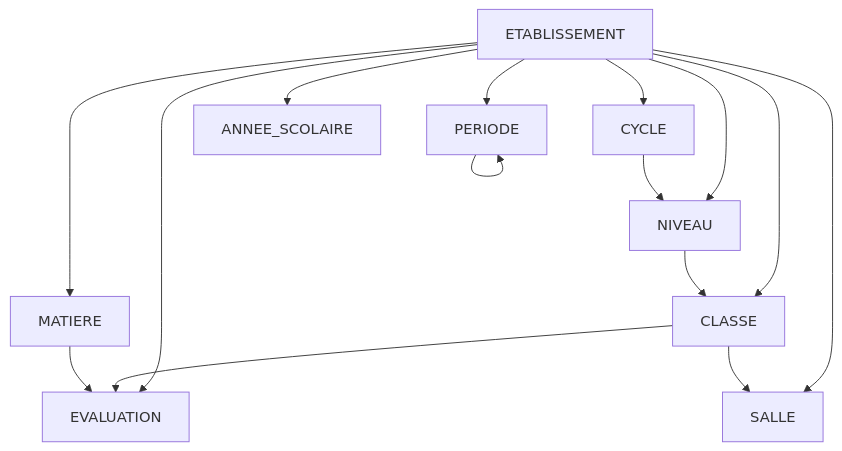
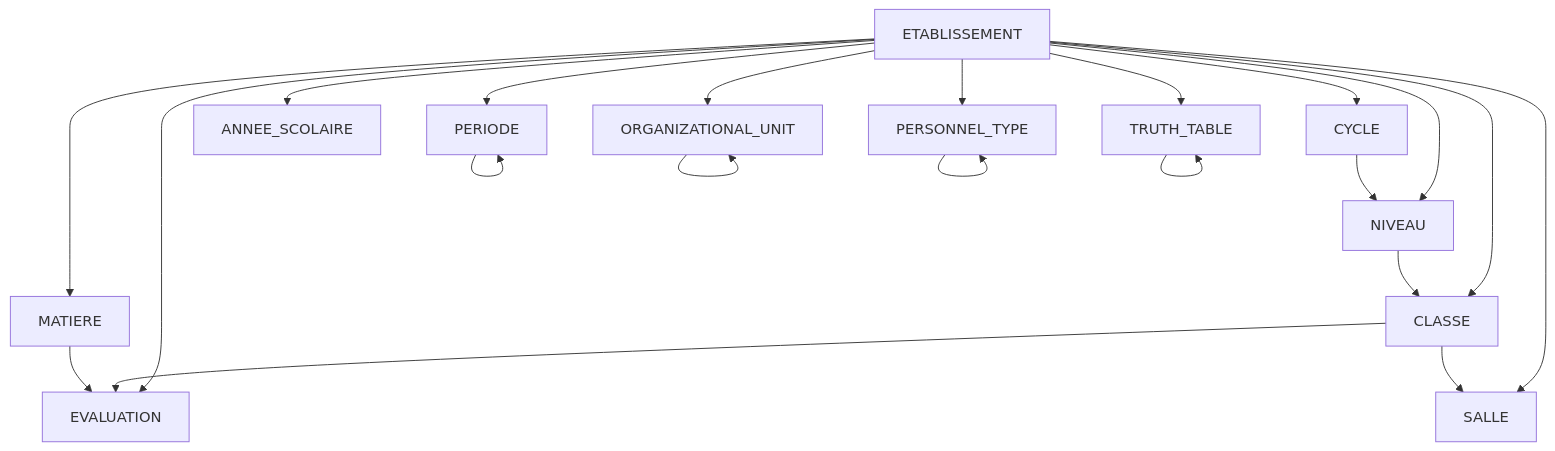
Before and after one commit to franckylab/eLISAschool: the third of 4 diagrams in .qoder/repowiki/en/content/Database Schema Design/Database Schema Design.md, drawn with Mermaid. The commit also changed other lines of this file and 35 other files, not shown here.

First line of the commit message:
refactor(configuration): redistribuer la gestion de la configuration vers architecture distribuée

````diff
--- a/.qoder/repowiki/en/content/Database Schema Design/Database Schema Design.md
+++ b/.qoder/repowiki/en/content/Database Schema Design/Database Schema Design.md
@@ -384,17 +455,23 @@
 ```mermaid
 graph TB
 ETAB["ETABLISSEMENT"] --> CYC["CYCLE"]
 ETAB --> NIV["NIVEAU"]
 ETAB --> CLA["CLASSE"]
 ETAB --> MAT["MATIERE"]
 ETAB --> EVA["EVALUATION"]
 ETAB --> PER["PERIODE"]
 ETAB --> ANN["ANNEE_SCOLAIRE"]
 ETAB --> SAL["SALLE"]
+ETAB --> PTYPE["PERSONNEL_TYPE"]
+ETAB --> OUNIT["ORGANIZATIONAL_UNIT"]
+ETAB --> TRUTH["TRUTH_TABLE"]
 CYC --> NIV
 NIV --> CLA
 CLA --> EVA
 MAT --> EVA
 PER --> PER
 CLA --> SAL
+OUNIT --> OUNIT
+PTYPE --> PTYPE
+TRUTH --> TRUTH
 ```
````
